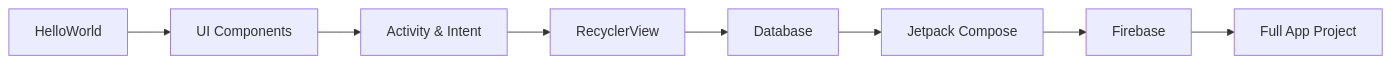
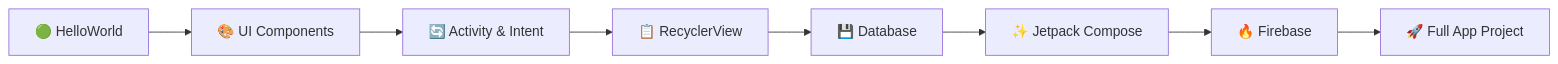
The diagram in README.md (ChristopherAldoNatanael/Kelas-XI), drawn with Mermaid before and after one commit. The commit also changed other lines of this file, not shown here.

````diff
--- a/README.md
+++ b/README.md
@@ -151,10 +221,10 @@
 ```mermaid
 graph LR
-    A[HelloWorld] --> B[UI Components]
-    B --> C[Activity & Intent]
-    C --> D[RecyclerView]
-    D --> E[Database]
-    E --> F[Jetpack Compose]
-    F --> G[Firebase]
-    G --> H[Full App Project]
+    A[🟢 HelloWorld] --> B[🎨 UI Components]
+    B --> C[🔄 Activity & Intent]
+    C --> D[📋 RecyclerView]
+    D --> E[💾 Database]
+    E --> F[✨ Jetpack Compose]
+    F --> G[🔥 Firebase]
+    G --> H[🚀 Full App Project]
 ```
````
